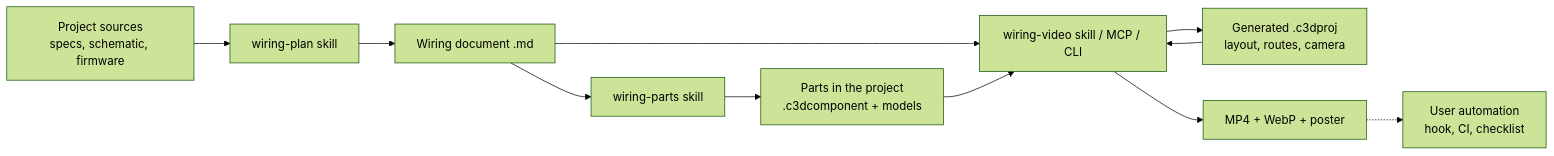
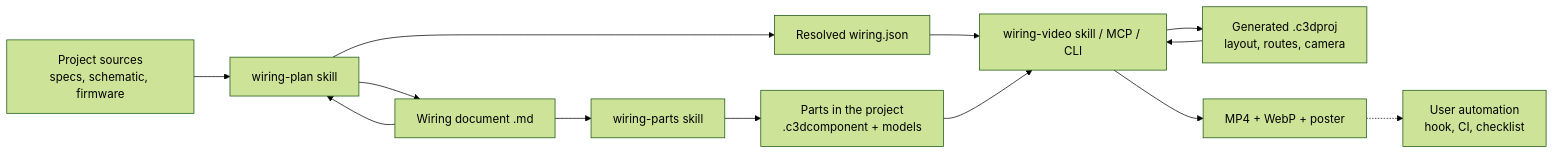
One commit to docteurzoidberg/circuit-studio-agent-kit changed the diagram in PLAN.md. Above: the diagram before and after it, drawn with Mermaid (forest theme). The commit also changed other lines of this file and 4 other files, not shown here.

First line of the commit message:
Resolve the wiring document into a committed wiring.json

````diff
--- a/PLAN.md
+++ b/PLAN.md
@@ -38,13 +38,15 @@
 ```mermaid
 flowchart LR
   SRC[Project sources<br/>specs, schematic, firmware] --> A[wiring-plan skill]
   A --> DOC[Wiring document .md]
+  DOC --> A
+  A --> JSON[Resolved wiring.json]
   DOC --> B[wiring-parts skill]
   B --> PARTS[Parts in the project<br/>.c3dcomponent + models]
-  DOC --> C[wiring-video skill / MCP / CLI]
+  JSON --> C[wiring-video skill / MCP / CLI]
   PARTS --> C
   C --> PROJ[Generated .c3dproj<br/>layout, routes, camera]
   PROJ --> C
   C --> OUT[MP4 + WebP + poster]
   OUT -.-> AUTO[User automation<br/>hook, CI, checklist]
 ```
````
